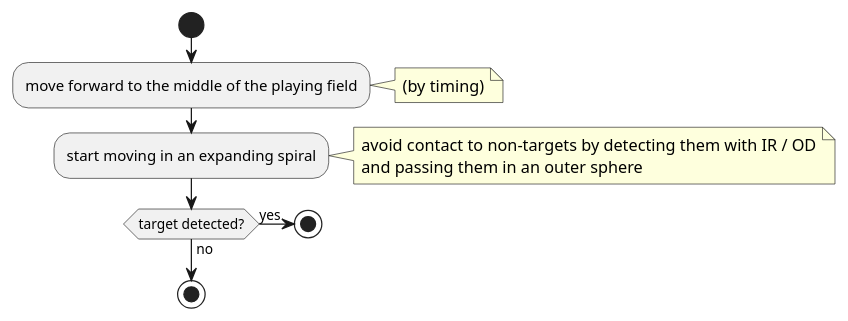
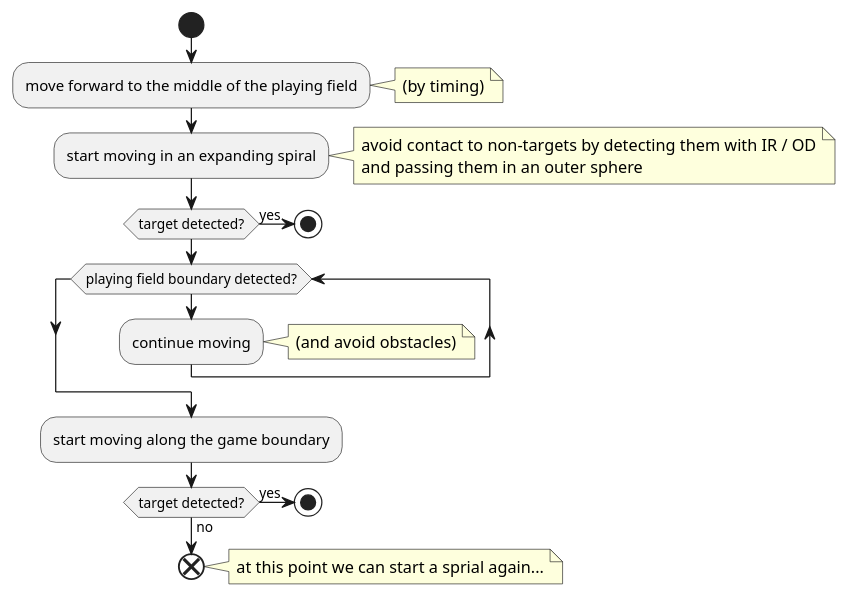
Before and after one commit to Animal-Abduction-Crew/docs: the fourth of 5 diagrams in research/control_flows.md, drawn with PlantUML.

Commit message:
docs: finish control flow v2 proposal

````diff
--- a/research/control_flows.md
+++ b/research/control_flows.md
@@ -131,22 +131,33 @@
 ```plantuml
 
 start
 
 :move forward to the middle of the playing field;
 note right
     (by timing)
 end note
 :start moving in an expanding spiral;
 note right
     avoid contact to non-targets by detecting them with IR / OD
     and passing them in an outer sphere
 end note
 if (target detected?) then (yes)
     stop
+endif
+while (playing field boundary detected?)
+    :continue moving;
+    note right
+        (and avoid obstacles)
+    end note
+endwhile
+:start moving along the game boundary;
+if (target detected?) then (yes)
+    stop;
 else (no)
-    
+    end
+    note right
+        at this point we can start a sprial again...
+    end note
 endif
 
-stop
-
 ```
````
